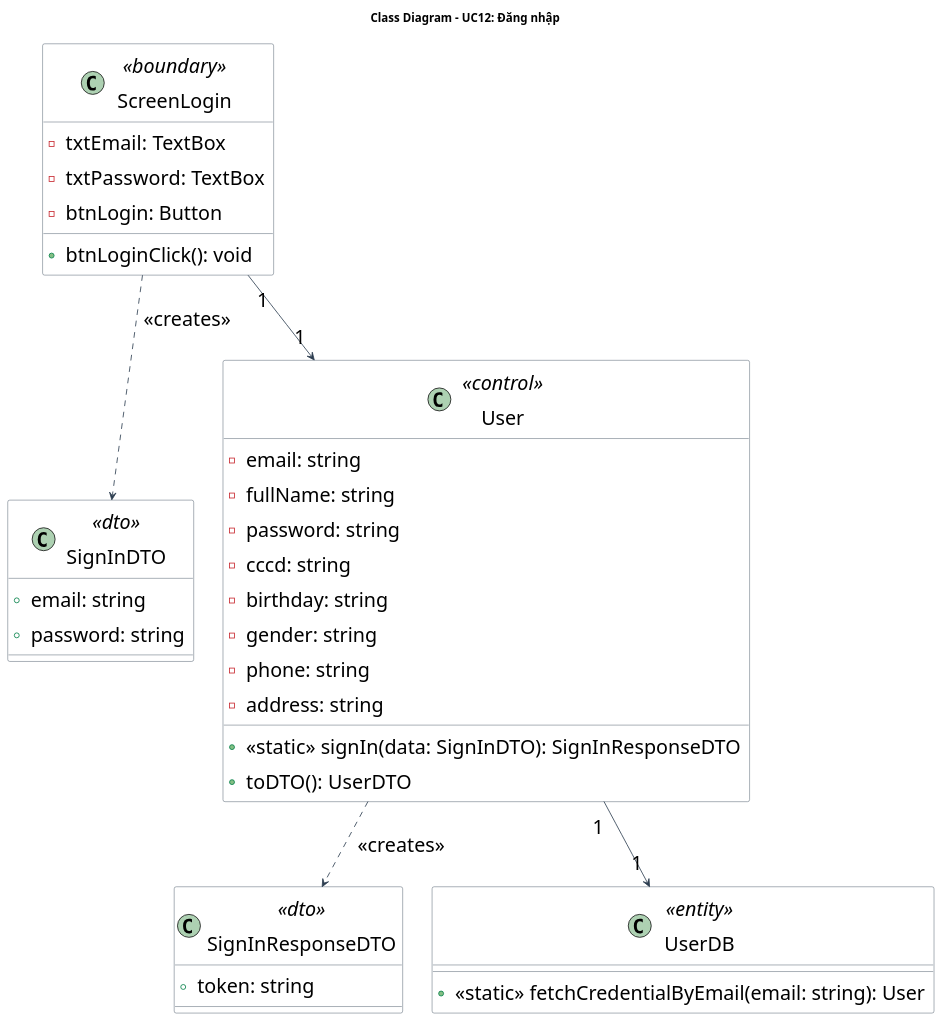
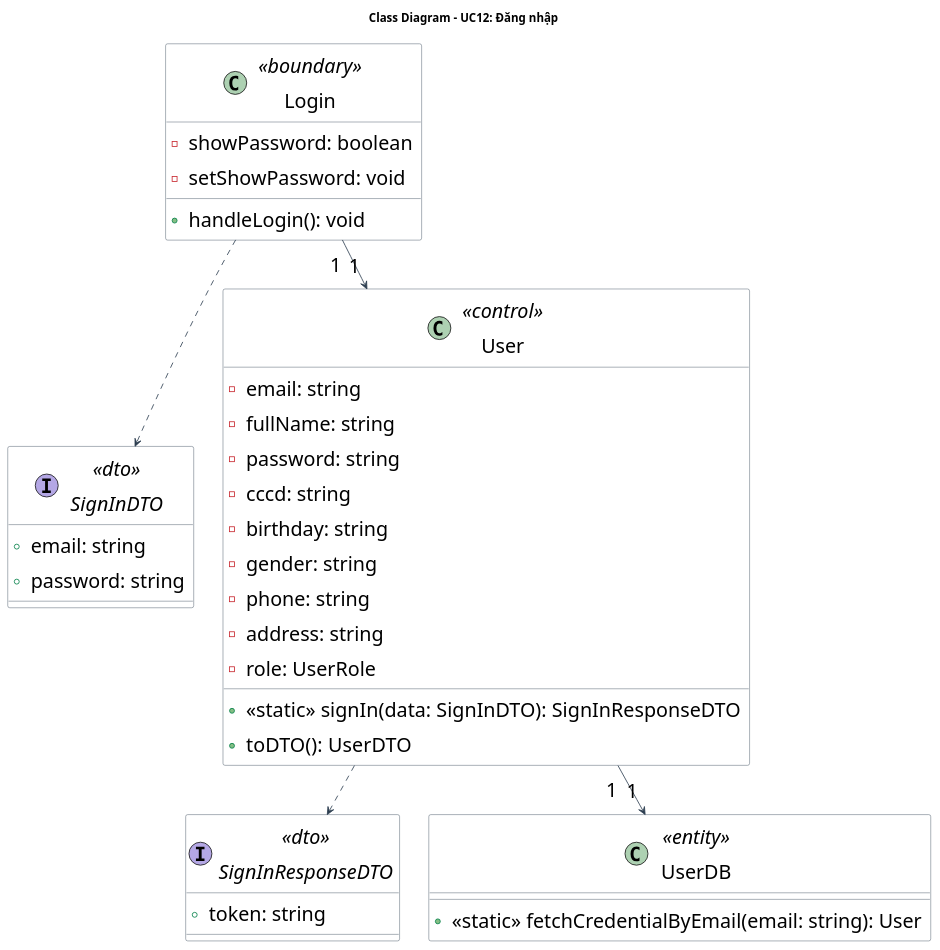
One commit to Gnourt812005/HCMUS-Analyze-and-desgin-IS changed the diagram in doc/system/dang_nhap/DangNhap_ClassDiagram.wsd. Above: the diagram before and after it, drawn with PlantUML. The commit also changed 19 other files, not shown here.

Commit message:
trong: update class and sequence usecase

```diff
--- a/doc/system/dang_nhap/DangNhap_ClassDiagram.wsd
+++ b/doc/system/dang_nhap/DangNhap_ClassDiagram.wsd
@@ -1,57 +1,57 @@
 @startuml DangNhap_ClassDiagram
 title Class Diagram - UC12: Đăng nhập
 
 ' --- STYLE CONFIGURATION ---
 skinparam {
     ClassBackgroundColor White
     ClassBorderColor #2D3E50
     ArrowColor #2D3E50
     DefaultFontName "Arial"
     DefaultFontSize 24
     Padding 5
 }
 
 ' --- BOUNDARY LAYER ---
-class "ScreenLogin" as ScreenLogin <<boundary>> {
-    - txtEmail: TextBox
-    - txtPassword: TextBox
-    - btnLogin: Button
-    + btnLoginClick(): void
+class "Login" as Login <<boundary>> {
+    - showPassword: boolean
+    - setShowPassword: void
+    + handleLogin(): void
 }
 
 ' --- DTO LAYER ---
-class "SignInDTO" as SignInDTO <<dto>> {
+interface "SignInDTO" as SignInDTO <<dto>> {
     + email: string
     + password: string
 }
 
-class "SignInResponseDTO" as SignInResponseDTO <<dto>> {
+interface "SignInResponseDTO" as SignInResponseDTO <<dto>> {
     + token: string
 }
 
 ' --- BUSINESS LAYER ---
 class "User" as User <<control>> {
     - email: string
     - fullName: string
     - password: string
     - cccd: string
     - birthday: string
     - gender: string
     - phone: string
     - address: string
+    - role: UserRole
     + <<static>> signIn(data: SignInDTO): SignInResponseDTO
     + toDTO(): UserDTO
 }
 
 ' --- DATABASE LAYER ---
 class "UserDB" as UserDB <<entity>> {
     + <<static>> fetchCredentialByEmail(email: string): User
 }
 
 ' --- RELATIONSHIPS ---
-ScreenLogin ..> SignInDTO : <<creates>>
-ScreenLogin "1" --> "1" User
-User ..> SignInResponseDTO : <<creates>>
+Login ..> SignInDTO
+Login "1" --> "1" User
+User ..> SignInResponseDTO
 User "1" --> "1" UserDB
 
 @enduml
```
